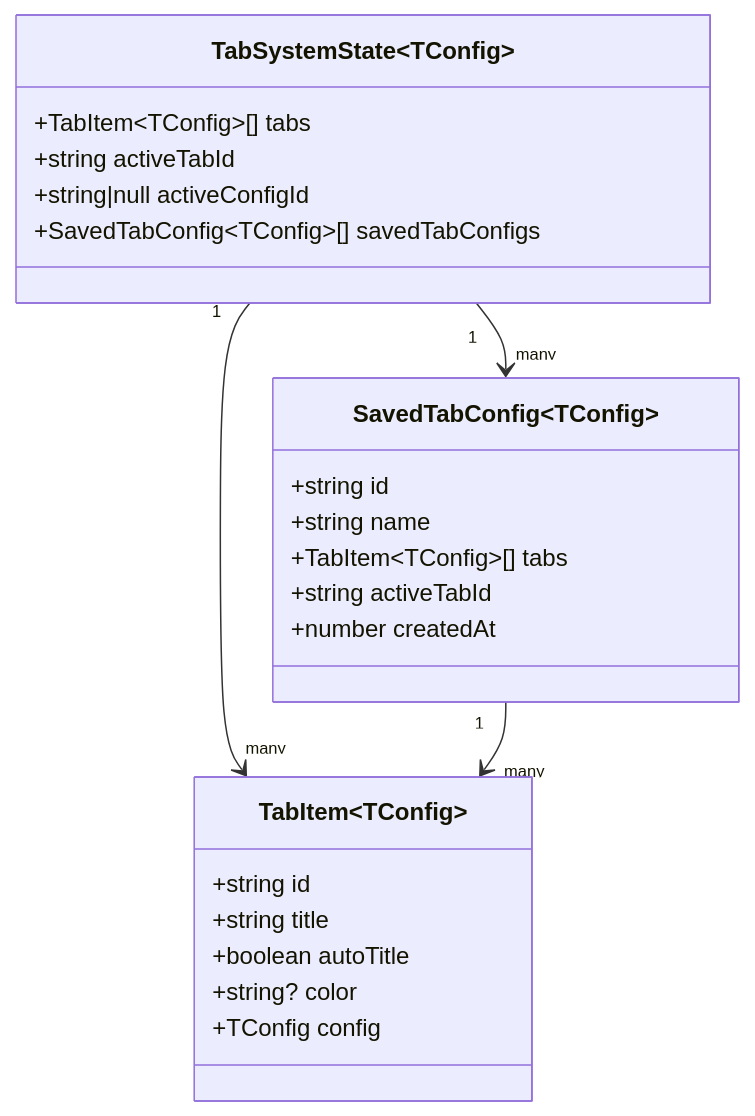
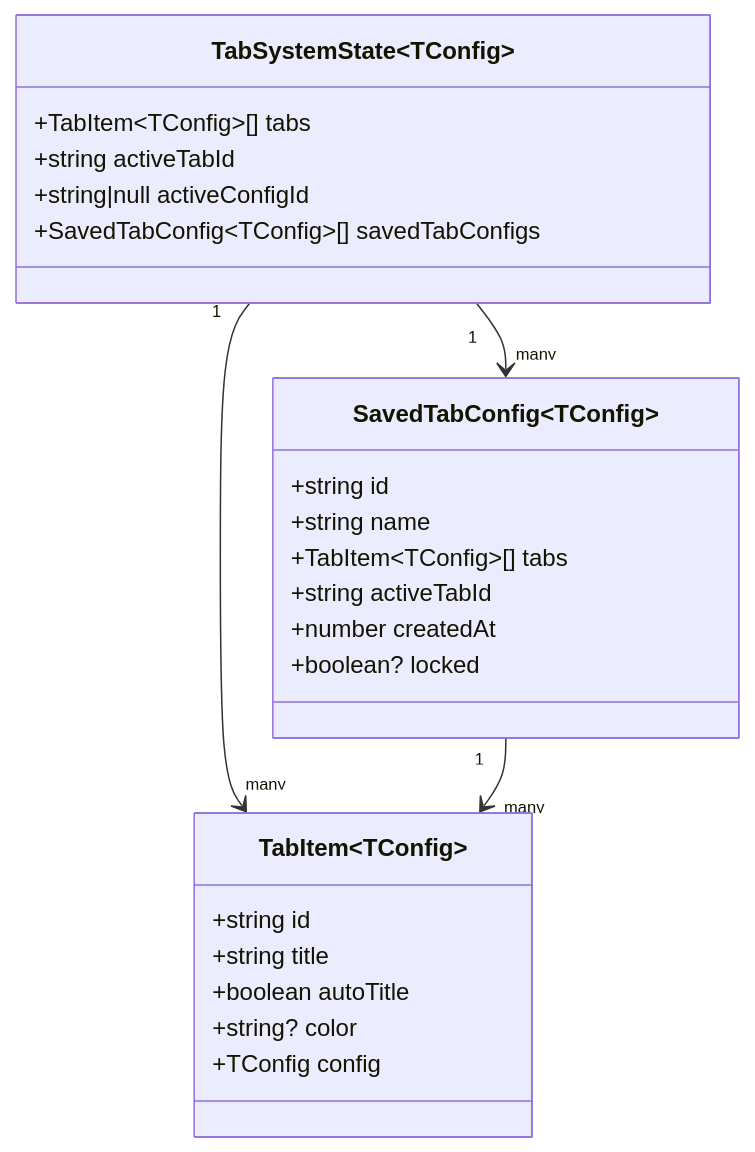
The third of 12 diagrams in apps/frontend-webapp/src/app/shared/configurable-tab-bar/README.md (hugoheynard/SH3PERD), drawn with Mermaid before and after one commit. The commit also changed other lines of this file and 1 other file, not shown here.

````diff
--- a/apps/frontend-webapp/src/app/shared/configurable-tab-bar/README.md
+++ b/apps/frontend-webapp/src/app/shared/configurable-tab-bar/README.md
@@ -156,29 +159,30 @@
 ```mermaid
 classDiagram
   class TabSystemState~TConfig~ {
     +TabItem~TConfig~[] tabs
     +string activeTabId
     +string|null activeConfigId
     +SavedTabConfig~TConfig~[] savedTabConfigs
   }
 
   class TabItem~TConfig~ {
     +string id
     +string title
     +boolean autoTitle
     +string? color
     +TConfig config
   }
 
   class SavedTabConfig~TConfig~ {
     +string id
     +string name
     +TabItem~TConfig~[] tabs
     +string activeTabId
     +number createdAt
+    +boolean? locked
   }
 
   TabSystemState "1" --> "many" TabItem
   TabSystemState "1" --> "many" SavedTabConfig
   SavedTabConfig "1" --> "many" TabItem
 ```
````
